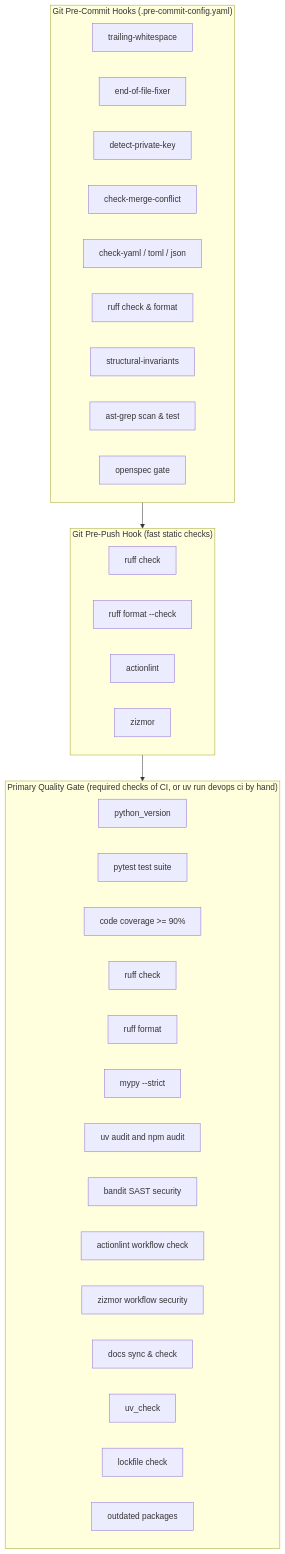
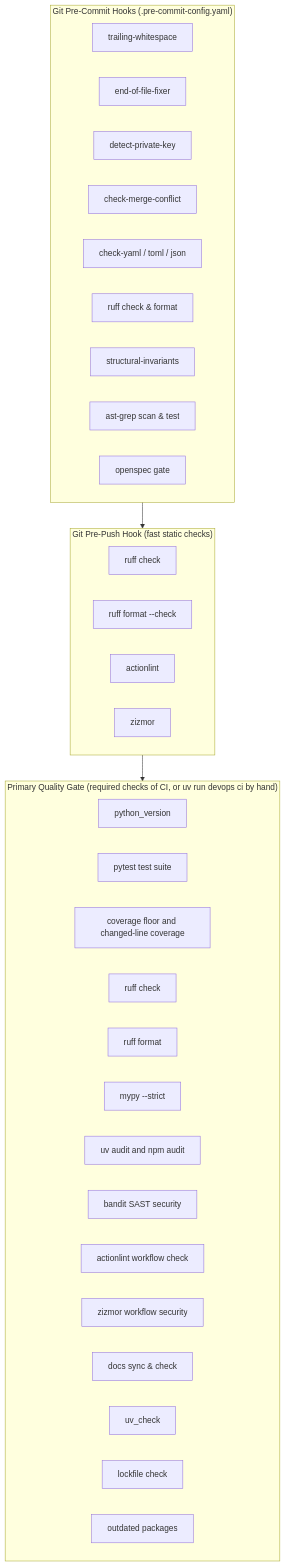
Before and after one commit to dan-petty/devops-cli: the fifth of 8 diagrams in docs/SDLC.md, drawn with Mermaid. The commit also changed 15 other files, not shown here.

First line of the commit message:
perf(ci): lower the coverage floor to 85% and fail a pull request below 90% on its changed lines

````diff
--- a/docs/SDLC.md
+++ b/docs/SDLC.md
@@ -146,41 +146,41 @@
 ```mermaid
 flowchart TD
     subgraph PreCommit["Git Pre-Commit Hooks (.pre-commit-config.yaml)"]
         H1[trailing-whitespace]
         H2[end-of-file-fixer]
         H3[detect-private-key]
         H4[check-merge-conflict]
         H5[check-yaml / toml / json]
         H6[ruff check & format]
         H7[structural-invariants]
         H8[ast-grep scan & test]
         H9[openspec gate]
     end
 
     subgraph PrePush["Git Pre-Push Hook (fast static checks)"]
         P1[ruff check]
         P2[ruff format --check]
         P3[actionlint]
         P4[zizmor]
     end
 
     subgraph CIQualityGate["Primary Quality Gate (required checks of CI, or uv run devops ci by hand)"]
         G1[python_version]
         G2[pytest test suite]
-        G3[code coverage >= 90%]
+        G3[coverage floor and changed-line coverage]
         G4[ruff check]
         G5[ruff format]
         G6[mypy --strict]
         G7[uv audit and npm audit]
         G8[bandit SAST security]
         G9[actionlint workflow check]
         G9b[zizmor workflow security]
         G10[docs sync & check]
         G11[uv_check]
         G12[lockfile check]
         G13[outdated packages]
     end
 
     PreCommit --> PrePush
     PrePush --> CIQualityGate
 ```
````
